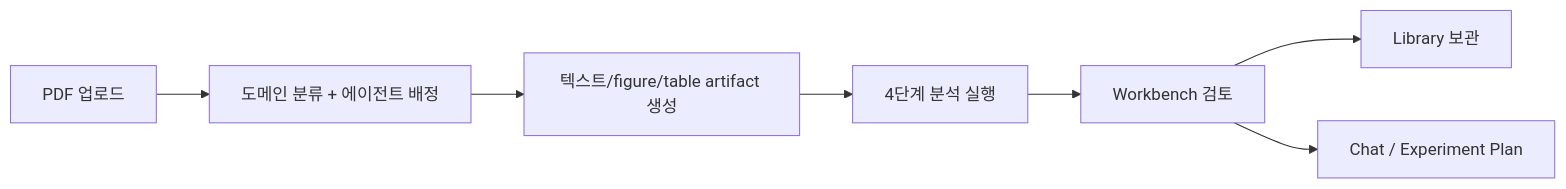
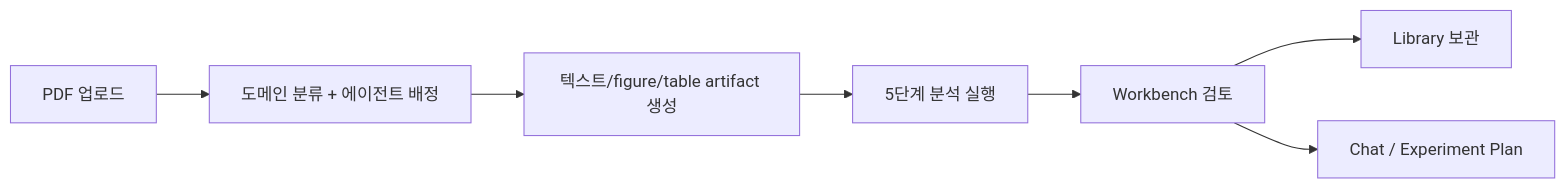
The first of 2 diagrams in README.md (dosigner/sasoo), drawn with Mermaid before and after one commit. The commit also changed other lines of this file and 15 other files, not shown here.

````diff
--- a/README.md
+++ b/README.md
@@ -101,9 +111,9 @@
 ```mermaid
 flowchart LR
     A["PDF 업로드"] --> B["도메인 분류 + 에이전트 배정"]
     B --> C["텍스트/figure/table artifact 생성"]
-    C --> D["4단계 분석 실행"]
+    C --> D["5단계 분석 실행"]
     D --> E["Workbench 검토"]
     E --> F["Library 보관"]
     E --> G["Chat / Experiment Plan"]
 ```
````
